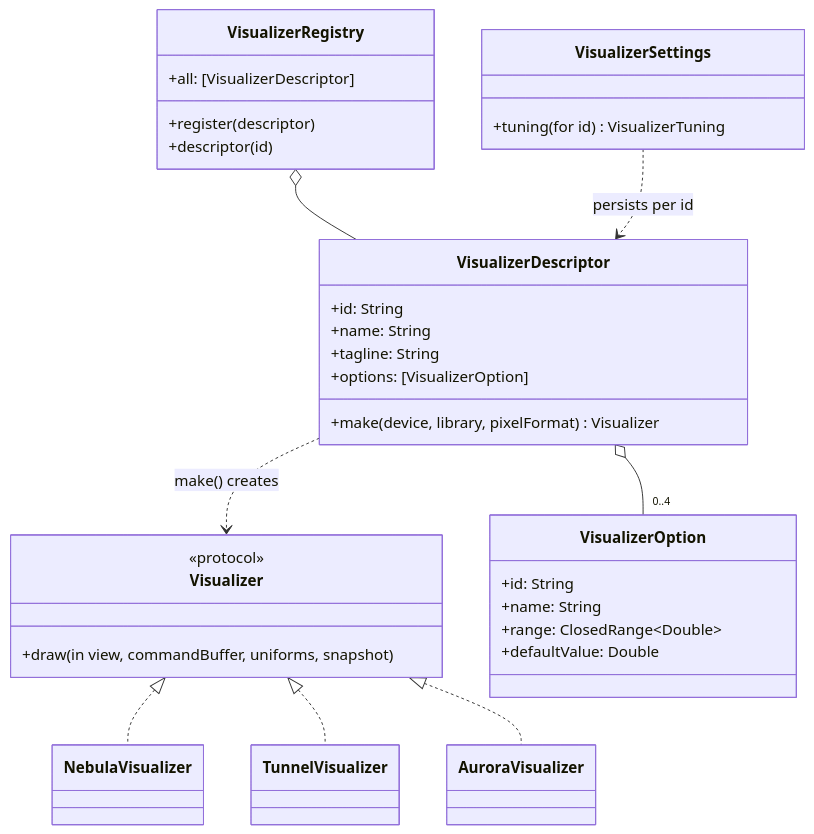
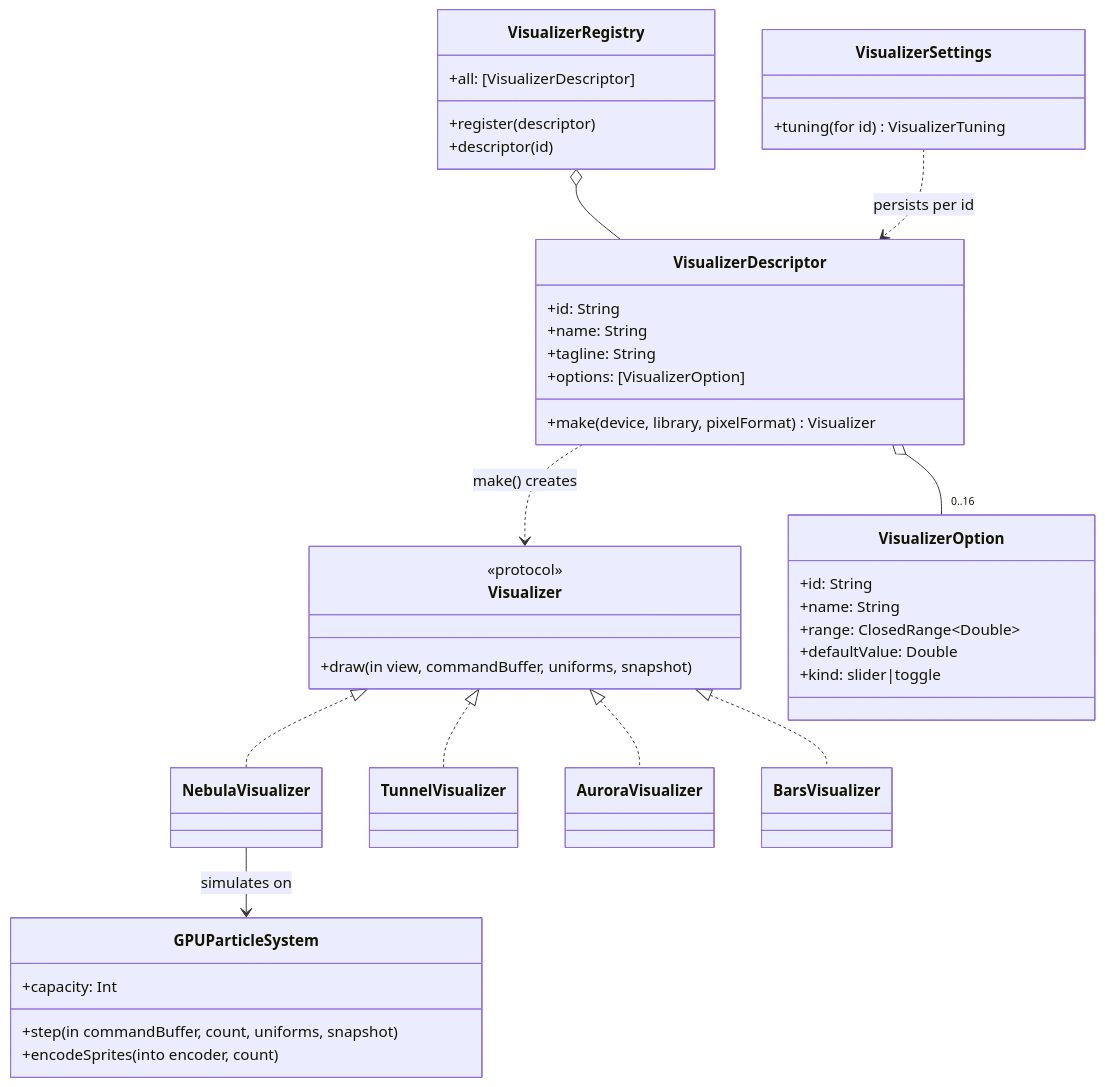
Before and after one commit to jonjaques/synesthia: the first of 3 diagrams in docs/visualizers.md, drawn with Mermaid. The commit also changed other lines of this file and 78 other files, not shown here.

````diff
--- a/docs/visualizers.md
+++ b/docs/visualizers.md
@@ -10,35 +10,43 @@
 ```mermaid
 classDiagram
     class Visualizer {
         <<protocol>>
         +draw(in view, commandBuffer, uniforms, snapshot)
     }
     class VisualizerDescriptor {
         +id: String
         +name: String
         +tagline: String
         +options: [VisualizerOption]
         +make(device, library, pixelFormat) Visualizer
     }
     class VisualizerOption {
         +id: String
         +name: String
         +range: ClosedRange~Double~
         +defaultValue: Double
+        +kind: slider|toggle
     }
     class VisualizerRegistry {
         +all: [VisualizerDescriptor]
         +register(descriptor)
         +descriptor(id)
     }
+    class GPUParticleSystem {
+        +capacity: Int
+        +step(in commandBuffer, count, uniforms, snapshot)
+        +encodeSprites(into encoder, count)
+    }
     class VisualizerSettings {
         +tuning(for id) VisualizerTuning
     }
     VisualizerRegistry o-- VisualizerDescriptor
-    VisualizerDescriptor o-- "0..4" VisualizerOption
+    VisualizerDescriptor o-- "0..16" VisualizerOption
     VisualizerDescriptor ..> Visualizer : make() creates
+    NebulaVisualizer --> GPUParticleSystem : simulates on
     Visualizer <|.. NebulaVisualizer
     Visualizer <|.. TunnelVisualizer
     Visualizer <|.. AuroraVisualizer
+    Visualizer <|.. BarsVisualizer
     VisualizerSettings ..> VisualizerDescriptor : persists per id
 ```
````
